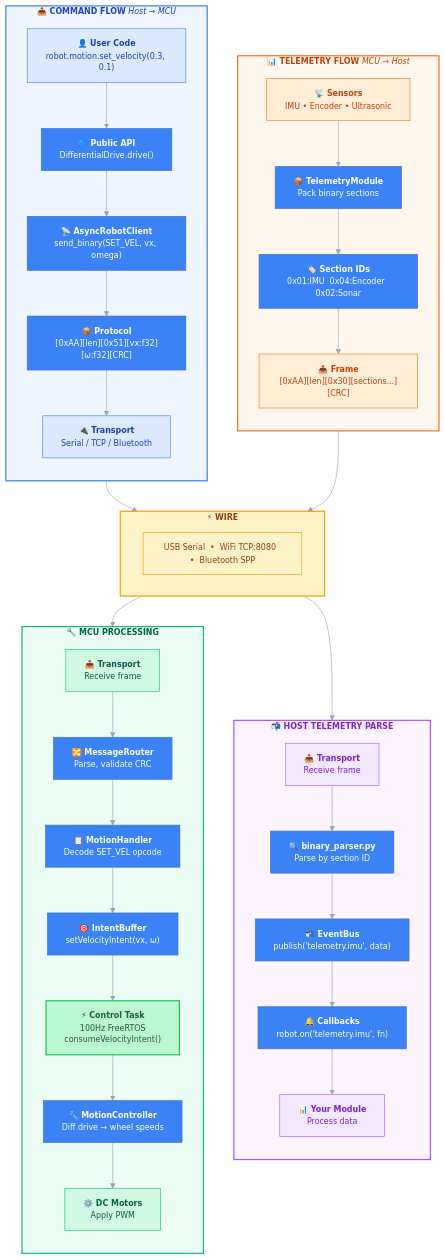
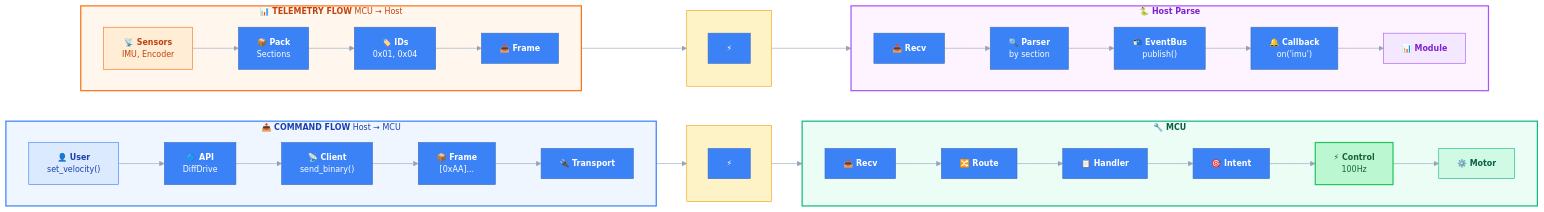
The diagram in docs/dataflow.mmd (kwasblue/Mara), drawn with Mermaid before and after one commit. The commit also changed 8 other files, not shown here.

First line of the commit message:
Redesign diagrams with horizontal layouts

```diff
--- a/docs/dataflow.mmd
+++ b/docs/dataflow.mmd
@@ -1,90 +1,74 @@
 %%{init: {
   'theme': 'base',
   'themeVariables': {
     'fontFamily': 'SF Pro Display, -apple-system, sans-serif',
     'fontSize': '13px',
     'primaryColor': '#3b82f6',
     'primaryTextColor': '#ffffff',
     'lineColor': '#94a3b8',
     'textColor': '#334155'
   }
 }}%%
 
-flowchart TB
-    subgraph COMMAND["<b>📤 COMMAND FLOW</b>  <i>Host → MCU</i>"]
-        direction TB
-
-        C1["<b>👤 User Code</b><br/>robot.motion.set_velocity(0.3, 0.1)"]
-        C2["<b>🔷 Public API</b><br/>DifferentialDrive.drive()"]
-        C3["<b>📡 AsyncRobotClient</b><br/>send_binary(SET_VEL, vx, omega)"]
-        C4["<b>📦 Protocol</b><br/>[0xAA][len][0x51][vx:f32][ω:f32][CRC]"]
-        C5["<b>🔌 Transport</b><br/>Serial / TCP / Bluetooth"]
-
-        C1 --> C2 --> C3 --> C4 --> C5
+flowchart LR
+    subgraph CMD["<b>📤 COMMAND FLOW</b>  Host → MCU"]
+        direction LR
+        C1["<b>👤 User</b><br/>set_velocity()"]
+        C2["<b>🔷 API</b><br/>DiffDrive"]
+        C3["<b>📡 Client</b><br/>send_binary()"]
+        C4["<b>📦 Frame</b><br/>[0xAA]..."]
+        C5["<b>🔌 Transport</b>"]
     end
 
-    subgraph LINK["<b>⚡ WIRE</b>"]
-        WIRE["USB Serial  •  WiFi TCP:8080  •  Bluetooth SPP"]
+    subgraph WIRE1[" "]
+        W1["⚡"]
     end
 
-    subgraph MCU_PROC["<b>🔧 MCU PROCESSING</b>"]
-        direction TB
-
-        M1["<b>📥 Transport</b><br/>Receive frame"]
-        M2["<b>🔀 MessageRouter</b><br/>Parse, validate CRC"]
-        M3["<b>📋 MotionHandler</b><br/>Decode SET_VEL opcode"]
-        M4["<b>🎯 IntentBuffer</b><br/>setVelocityIntent(vx, ω)"]
-        M5["<b>⚡ Control Task</b><br/>100Hz FreeRTOS<br/>consumeVelocityIntent()"]
-        M6["<b>🔧 MotionController</b><br/>Diff drive → wheel speeds"]
-        M7["<b>⚙️ DC Motors</b><br/>Apply PWM"]
-
-        M1 --> M2 --> M3 --> M4 --> M5 --> M6 --> M7
+    subgraph MCU_CMD["<b>🔧 MCU</b>"]
+        direction LR
+        M1["<b>📥 Recv</b>"]
+        M2["<b>🔀 Route</b>"]
+        M3["<b>📋 Handler</b>"]
+        M4["<b>🎯 Intent</b>"]
+        M5["<b>⚡ Control</b><br/>100Hz"]
+        M6["<b>⚙️ Motor</b>"]
     end
 
-    subgraph TELEMETRY["<b>📊 TELEMETRY FLOW</b>  <i>MCU → Host</i>"]
-        direction TB
+    C1 --> C2 --> C3 --> C4 --> C5 --> WIRE1 --> M1 --> M2 --> M3 --> M4 --> M5 --> M6
 
-        T1["<b>📡 Sensors</b><br/>IMU • Encoder • Ultrasonic"]
-        T2["<b>📦 TelemetryModule</b><br/>Pack binary sections"]
-        T3["<b>🏷️ Section IDs</b><br/>0x01:IMU  0x04:Encoder  0x02:Sonar"]
-        T4["<b>📤 Frame</b><br/>[0xAA][len][0x30][sections...][CRC]"]
-
-        T1 --> T2 --> T3 --> T4
+    subgraph SENSOR["<b>📊 TELEMETRY FLOW</b>  MCU → Host"]
+        direction LR
+        T1["<b>📡 Sensors</b><br/>IMU, Encoder"]
+        T2["<b>📦 Pack</b><br/>Sections"]
+        T3["<b>🏷️ IDs</b><br/>0x01, 0x04"]
+        T4["<b>📤 Frame</b>"]
     end
 
-    subgraph HOST_TELEM["<b>📬 HOST TELEMETRY PARSE</b>"]
-        direction TB
-
-        H1["<b>📥 Transport</b><br/>Receive frame"]
-        H2["<b>🔍 binary_parser.py</b><br/>Parse by section ID"]
-        H3["<b>📬 EventBus</b><br/>publish('telemetry.imu', data)"]
-        H4["<b>🔔 Callbacks</b><br/>robot.on('telemetry.imu', fn)"]
-        H5["<b>📊 Your Module</b><br/>Process data"]
-
-        H1 --> H2 --> H3 --> H4 --> H5
+    subgraph WIRE2[" "]
+        W2["⚡"]
     end
 
-    %% Main flow
-    COMMAND --> LINK
-    LINK --> MCU_PROC
-    TELEMETRY --> LINK
-    LINK --> HOST_TELEM
+    subgraph PARSE["<b>🐍 Host Parse</b>"]
+        direction LR
+        H1["<b>📥 Recv</b>"]
+        H2["<b>🔍 Parser</b><br/>by section"]
+        H3["<b>📬 EventBus</b><br/>publish()"]
+        H4["<b>🔔 Callback</b><br/>on('imu')"]
+        H5["<b>📊 Module</b>"]
+    end
+
+    T1 --> T2 --> T3 --> T4 --> WIRE2 --> H1 --> H2 --> H3 --> H4 --> H5
 
     %% Styling
-    style COMMAND fill:#eff6ff,stroke:#3b82f6,stroke-width:2px,color:#1e40af
-    style MCU_PROC fill:#ecfdf5,stroke:#10b981,stroke-width:2px,color:#065f46
-    style TELEMETRY fill:#fff7ed,stroke:#f97316,stroke-width:2px,color:#c2410c
-    style HOST_TELEM fill:#fdf4ff,stroke:#a855f7,stroke-width:2px,color:#7e22ce
-    style LINK fill:#fef3c7,stroke:#f59e0b,stroke-width:2px,color:#92400e
-
-    style WIRE fill:#fef3c7,stroke:#f59e0b,color:#92400e
+    style CMD fill:#eff6ff,stroke:#3b82f6,stroke-width:2px,color:#1e40af
+    style MCU_CMD fill:#ecfdf5,stroke:#10b981,stroke-width:2px,color:#065f46
+    style SENSOR fill:#fff7ed,stroke:#f97316,stroke-width:2px,color:#c2410c
+    style PARSE fill:#fdf4ff,stroke:#a855f7,stroke-width:2px,color:#7e22ce
+    style WIRE1 fill:#fef3c7,stroke:#f59e0b,stroke-width:1px,color:#92400e
+    style WIRE2 fill:#fef3c7,stroke:#f59e0b,stroke-width:1px,color:#92400e
 
     style C1 fill:#dbeafe,stroke:#3b82f6,color:#1e40af
-    style C5 fill:#dbeafe,stroke:#3b82f6,color:#1e40af
-    style M1 fill:#d1fae5,stroke:#10b981,color:#065f46
     style M5 fill:#bbf7d0,stroke:#22c55e,color:#166534,stroke-width:2px
-    style M7 fill:#d1fae5,stroke:#10b981,color:#065f46
+    style M6 fill:#d1fae5,stroke:#10b981,color:#065f46
     style T1 fill:#ffedd5,stroke:#f97316,color:#c2410c
-    style T4 fill:#ffedd5,stroke:#f97316,color:#c2410c
-    style H1 fill:#f3e8ff,stroke:#a855f7,color:#7e22ce
     style H5 fill:#f3e8ff,stroke:#a855f7,color:#7e22ce
```
